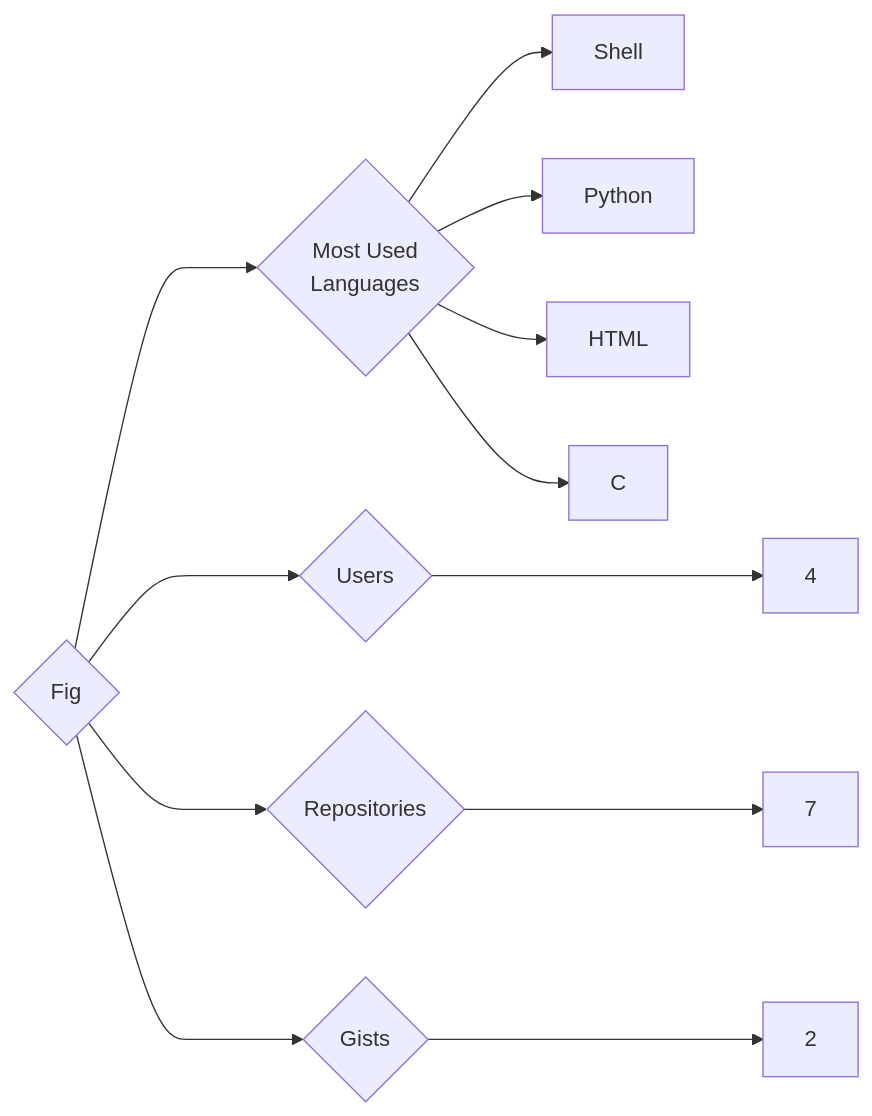
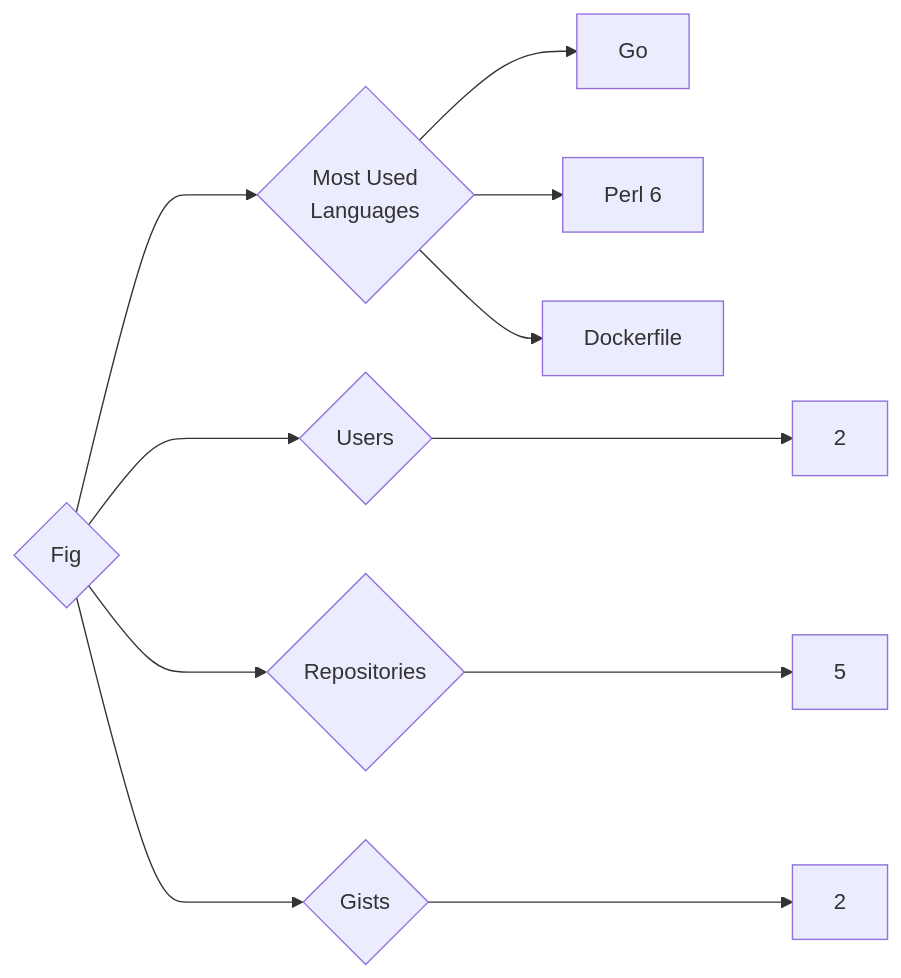
Before and after one commit to trickest/insiders: the diagram in targets/Fig/README.md, drawn with Mermaid. The commit also changed 859 other files, not shown here.

````diff
--- a/targets/Fig/README.md
+++ b/targets/Fig/README.md
@@ -3,12 +3,11 @@
 ```mermaid
 graph LR
 COMPANY_NAME{Fig}
-COMPANY_NAME ---> U{Users} ---> UN[4]
-COMPANY_NAME ---> R{Repositories} ---> RN[7]
+COMPANY_NAME ---> U{Users} ---> UN[2]
+COMPANY_NAME ---> R{Repositories} ---> RN[5]
 COMPANY_NAME ---> G{Gists} ---> GN[2]
 COMPANY_NAME ---> ML{Most Used<br>Languages}
-ML --> Shell[Shell]
-ML --> Python[Python]
-ML --> HTML[HTML]
-ML --> C[C]
+ML --> Go[Go]
+ML --> Perl_6[Perl 6]
+ML --> Dockerfile[Dockerfile]
 ```
````
